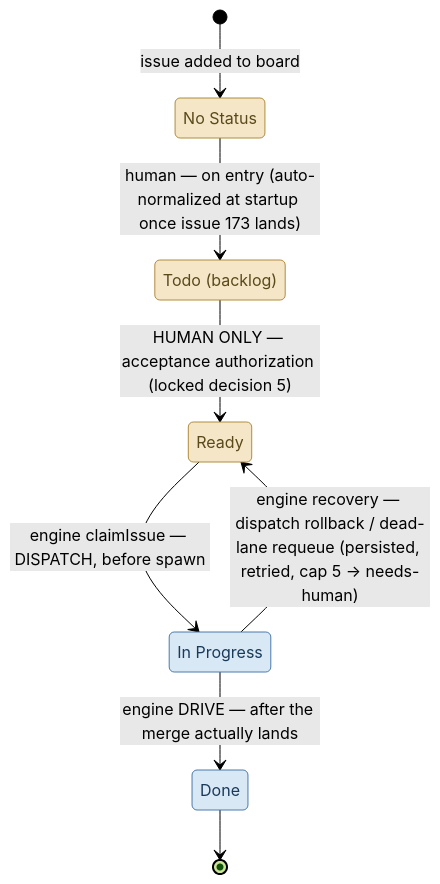
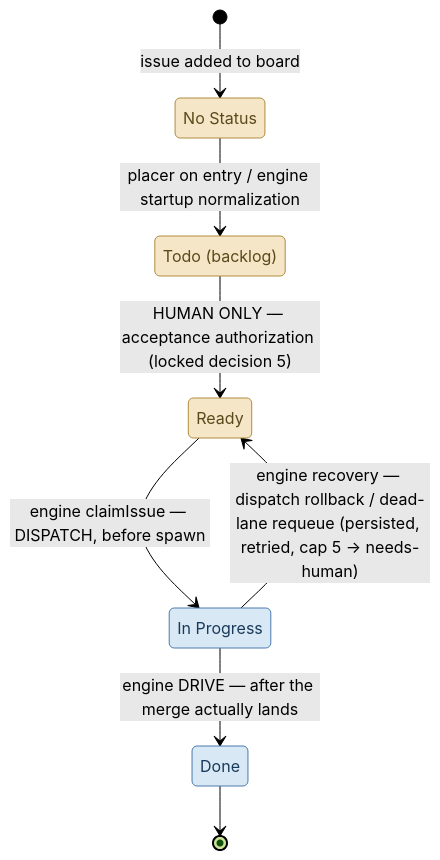
The diagram in docs/loop-walkthrough-v0.2.md (herehigher/sapwood), drawn with Mermaid (forest theme) before and after one commit. The commit also changed other lines of this file and 25 other files, not shown here.

````diff
--- a/docs/loop-walkthrough-v0.2.md
+++ b/docs/loop-walkthrough-v0.2.md
@@ -172,22 +172,22 @@
 ```mermaid
 stateDiagram-v2
     classDef human fill:#f5e6c8,stroke:#b08c3e,color:#5a4a1a
     classDef engine fill:#d9e8f5,stroke:#4a7aab,color:#1a3a5a
 
     state "No Status" as NS
     state "Todo (backlog)" as Todo
     state "Ready" as Ready
     state "In Progress" as IP
     state "Done" as Done
 
     [*] --> NS: issue added to board
-    NS --> Todo: human — on entry (auto-normalized at startup once issue 173 lands)
+    NS --> Todo: placer on entry / engine startup normalization
     Todo --> Ready: HUMAN ONLY — acceptance authorization (locked decision 5)
     Ready --> IP: engine claimIssue — DISPATCH, before spawn
     IP --> Ready: engine recovery — dispatch rollback / dead-lane requeue (persisted, retried, cap 5 → needs-human)
     IP --> Done: engine DRIVE — after the merge actually lands
     Done --> [*]
 
     class NS,Todo,Ready human
     class IP,Done engine
 ```
````
